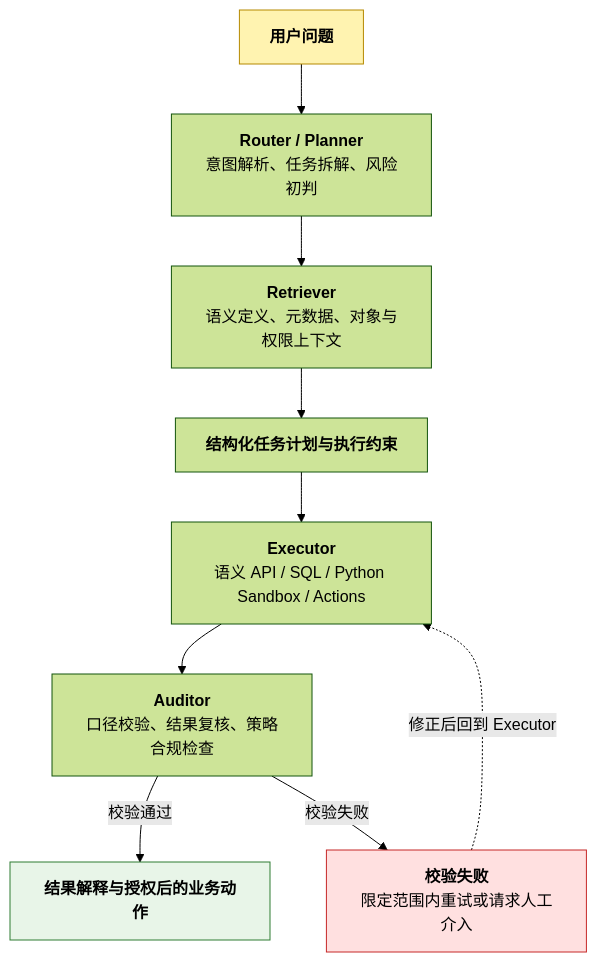
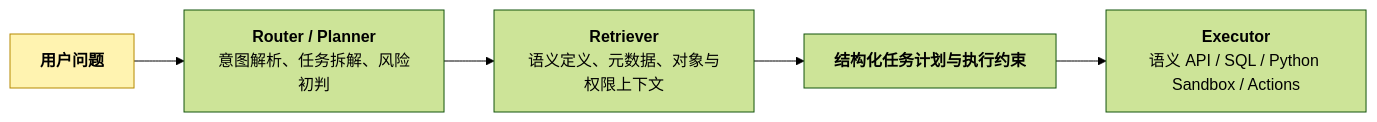
The first of 6 diagrams in source/_posts/bi-evolution-6-ai-native-restructure.md (BillZong/BillZong.github.io), drawn with Mermaid (forest theme) before and after one commit. The commit also changed other lines of this file, not shown here.

Commit message:
fix(chapter-6): 拆 2 个大图(图 6-3→6-3+6-4, 图 6-4→6-5+6-6)保证单页可读

```diff
--- a/source/_posts/bi-evolution-6-ai-native-restructure.md
+++ b/source/_posts/bi-evolution-6-ai-native-restructure.md
@@ -93,18 +93,10 @@
 {% mermaid %}
-flowchart TB
+flowchart LR
     Q["<b>用户问题</b>"]
     R["<b>Router / Planner</b><br/>意图解析、任务拆解、风险初判"]
     Re["<b>Retriever</b><br/>语义定义、元数据、对象与权限上下文"]
     P["<b>结构化任务计划与执行约束</b>"]
     E["<b>Executor</b><br/>语义 API / SQL / Python Sandbox / Actions"]
-    A["<b>Auditor</b><br/>口径校验、结果复核、策略合规检查"]
-    F["<b>校验失败</b><br/>限定范围内重试或请求人工介入"]
-    Out["<b>结果解释与授权后的业务动作</b>"]
-    Q --> R --> Re --> P --> E --> A
-    A -- "校验通过" --> Out
-    A -- "校验失败" --> F
-    F -. 修正后回到 Executor .-> E
+    Q --> R --> Re --> P --> E
     style Q fill:#fff3b0,stroke:#b58900
-    style Out fill:#e8f5e8,stroke:#2e7d32
-    style F fill:#ffe0e0,stroke:#c62828
 {% endmermaid %}
```
